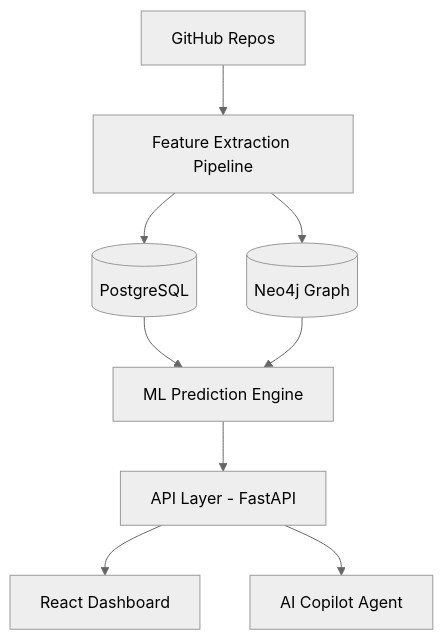
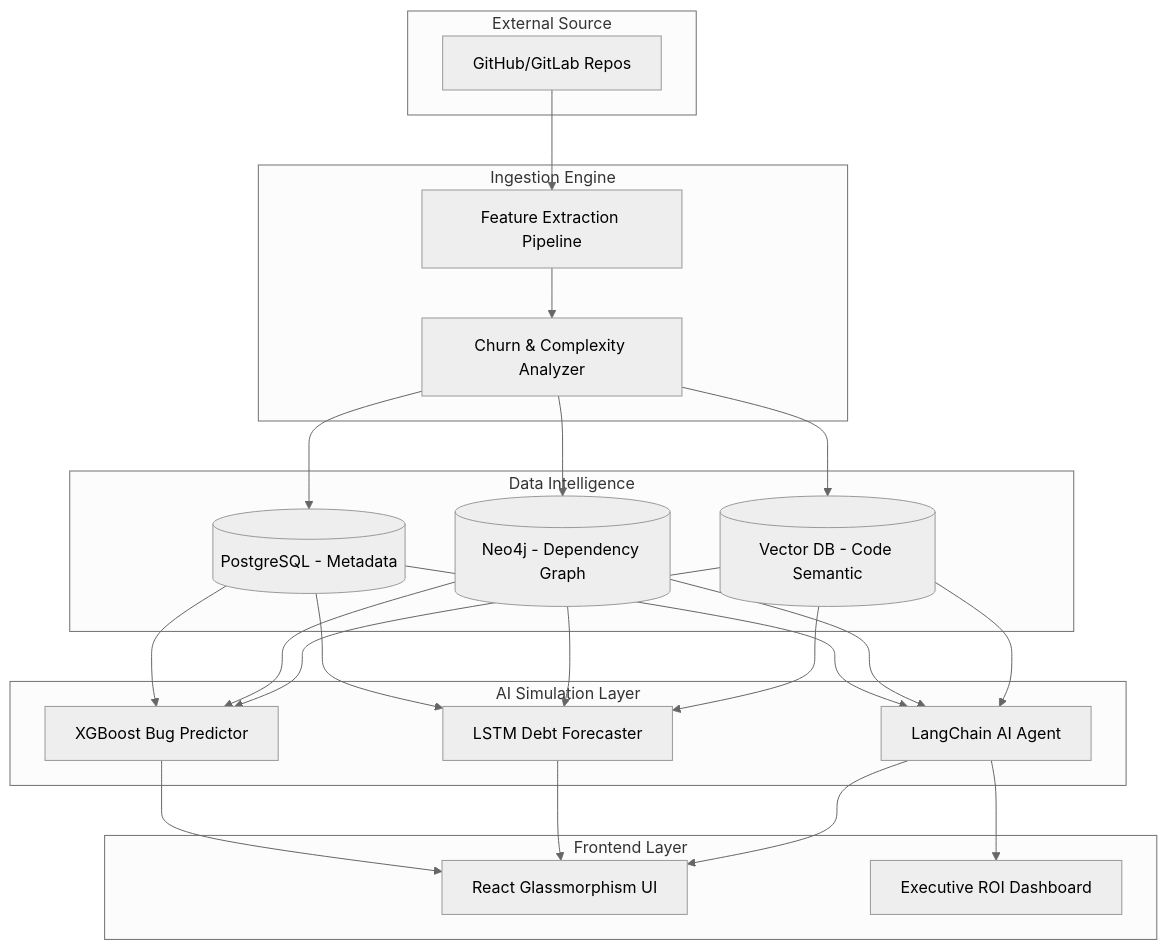
One commit to nikhilJaiswal7/CodeDebt.AI changed the diagram in README.md. Above: the diagram before and after it, drawn with Mermaid (neutral theme). The commit also changed other lines of this file, not shown here.

Commit message:
Docs: Deploy top-grade visually stunning README with STAR framework and architecture diagrams

````diff
--- a/README.md
+++ b/README.md
@@ -44,10 +78,39 @@
 ```mermaid
 graph TD
-    A[GitHub Repos] --> B[Feature Extraction Pipeline]
-    B --> C[(PostgreSQL)]
-    B --> D[(Neo4j Graph)]
-    C & D --> E[ML Prediction Engine]
-    E --> F[API Layer - FastAPI]
-    F --> G[React Dashboard]
-    F --> H[AI Copilot Agent]
+    subgraph "External Source"
+        A[GitHub/GitLab Repos]
+    end
+
+    subgraph "Ingestion Engine"
+        B[Feature Extraction Pipeline]
+        C[Churn & Complexity Analyzer]
+    end
+
+    subgraph "Data Intelligence"
+        D[(PostgreSQL - Metadata)]
+        E[(Neo4j - Dependency Graph)]
+        F[(Vector DB - Code Semantic)]
+    end
+
+    subgraph "AI Simulation Layer"
+        G[XGBoost Bug Predictor]
+        H[LSTM Debt Forecaster]
+        I[LangChain AI Agent]
+    end
+
+    subgraph "Frontend Layer"
+        J[React Glassmorphism UI]
+        K[Executive ROI Dashboard]
+    end
+
+    A --> B
+    B --> C
+    C --> D
+    C --> E
+    C --> F
+    D & E & F --> G
+    D & E & F --> H
+    D & E & F --> I
+    G & H & I --> J
+    I --> K
 ```
````
